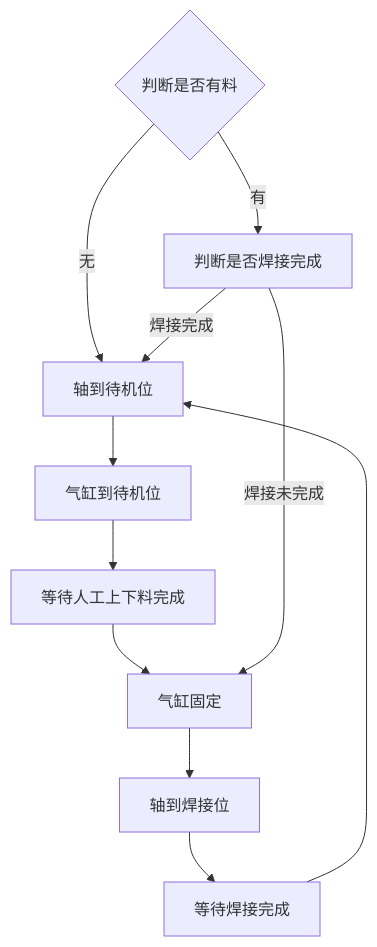
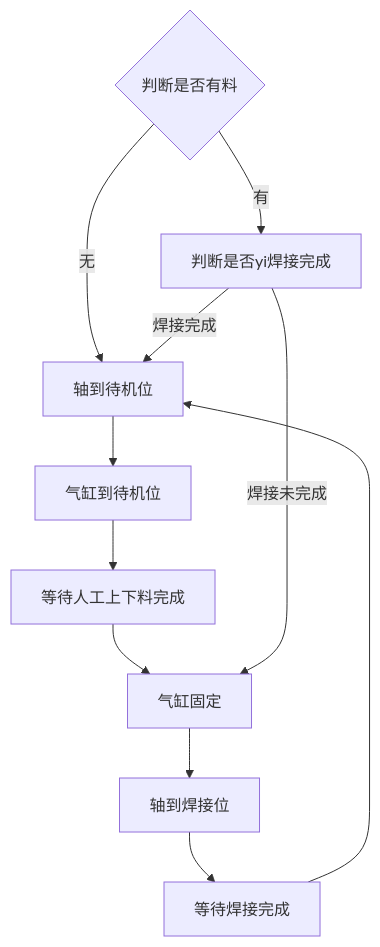
Before and after one commit to PengKun1/iodraw-files: the diagram in all/OP10 上料工位自动流程.md, drawn with Mermaid.

Commit message:
2024-08-02 11:05:21 update

````diff
--- a/all/OP10 上料工位自动流程.md
+++ b/all/OP10 上料工位自动流程.md
@@ -1,14 +1,14 @@
 ```mermaid
 graph TD
 10{判断是否有料}-->|无|20
 10-->|有|900
 20[轴到待机位]-->30
 30[气缸到待机位]-->40
 40[等待人工上下料完成]-->50
 50[气缸固定]-->60
 60[轴到焊接位]-->70
 70[等待焊接完成]-->20
 
-900[判断是否焊接完成]-->| 焊接完成|20
+900[判断是否yi焊接完成]-->| 焊接完成|20
 900-->|焊接未完成|50
 ```
````
